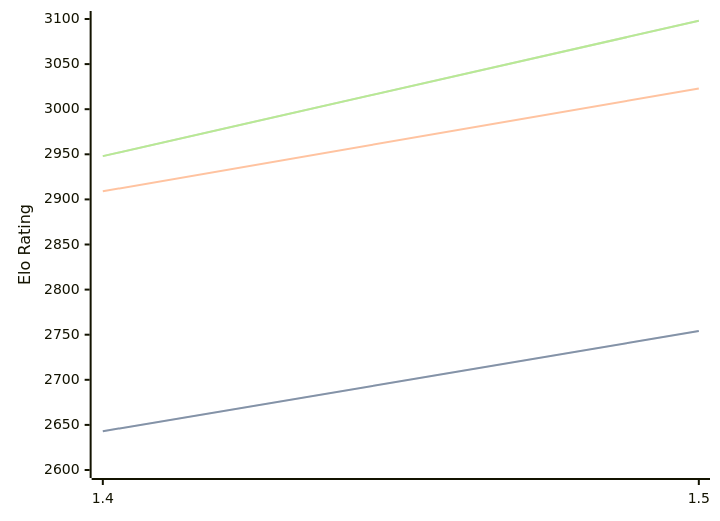
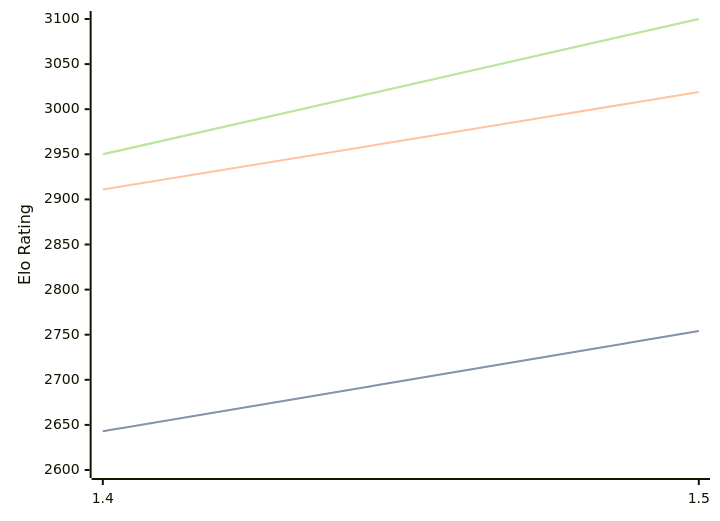
The first of 3 diagrams in engines/Yakka.md (computer-chess-index/cci), drawn with Mermaid before and after one commit. The commit also changed other lines of this file, not shown here.

Commit message:
Update CCI Ratings (ELO VLTC) - 2026-07-12

````diff
--- a/engines/Yakka.md
+++ b/engines/Yakka.md
@@ -36,11 +36,11 @@
 ```mermaid
 %%{init: {"theme":"base","themeVariables":{"seriesColors:['#a3a3a3','#222221','#faa371']}}}%%
 xychart-beta
   x-axis ["1.4", "1.5"]
   y-axis "Elo Rating" 2600 --> 3100
   line "STC (8.0+0.08s)" [2643, 2754]
   line "STC (8.0+0.08s)" [2643, 2754]
-  line "LTC (60.0+0.60s)" [2909, 3023]
-  line "VLTC (2m24s+1.12s)" [2948, 3098]
-  line "VLTC (2m24s+1.12s)" [2948, 3098]
+  line "LTC (60.0+0.60s)" [2911, 3019]
+  line "VLTC (2m24s+1.12s)" [2950, 3100]
+  line "VLTC (2m24s+1.12s)" [2950, 3100]
 ```
````
